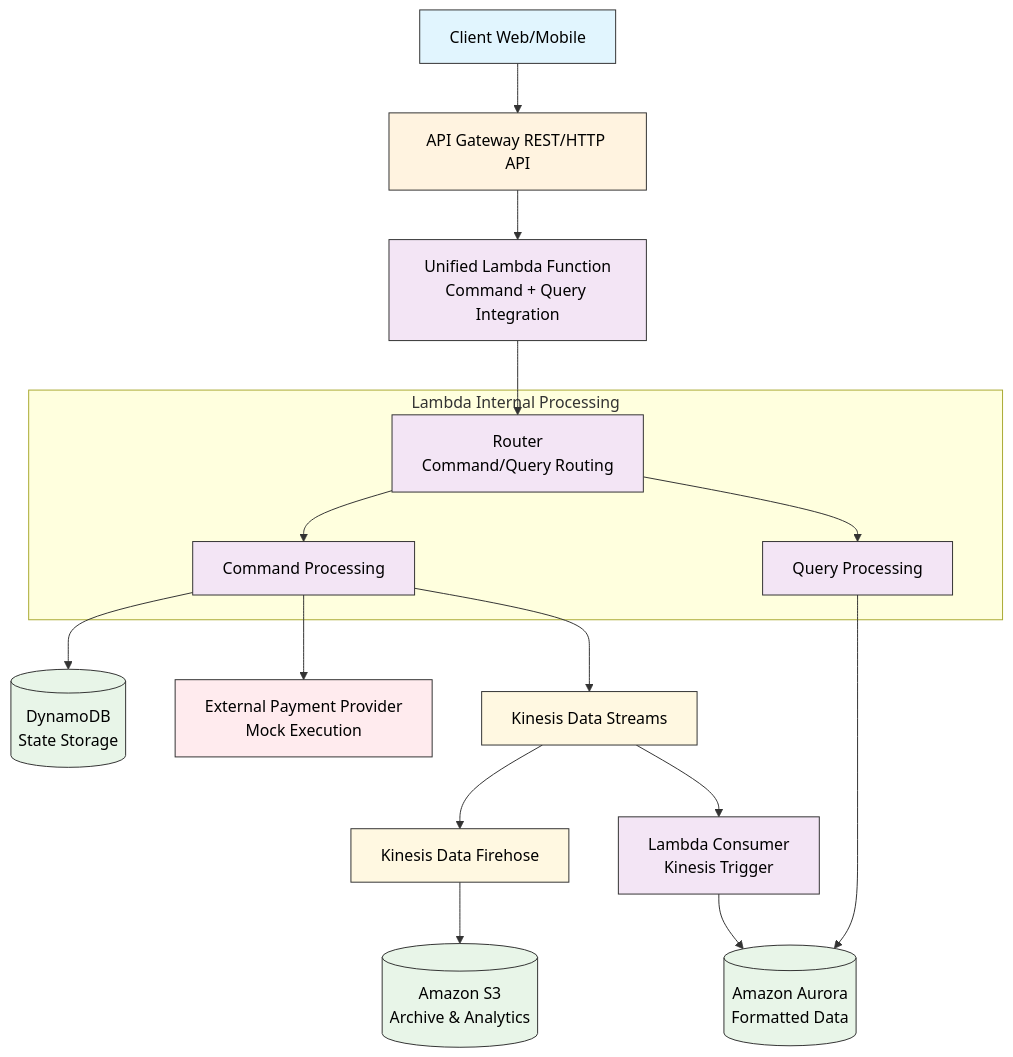
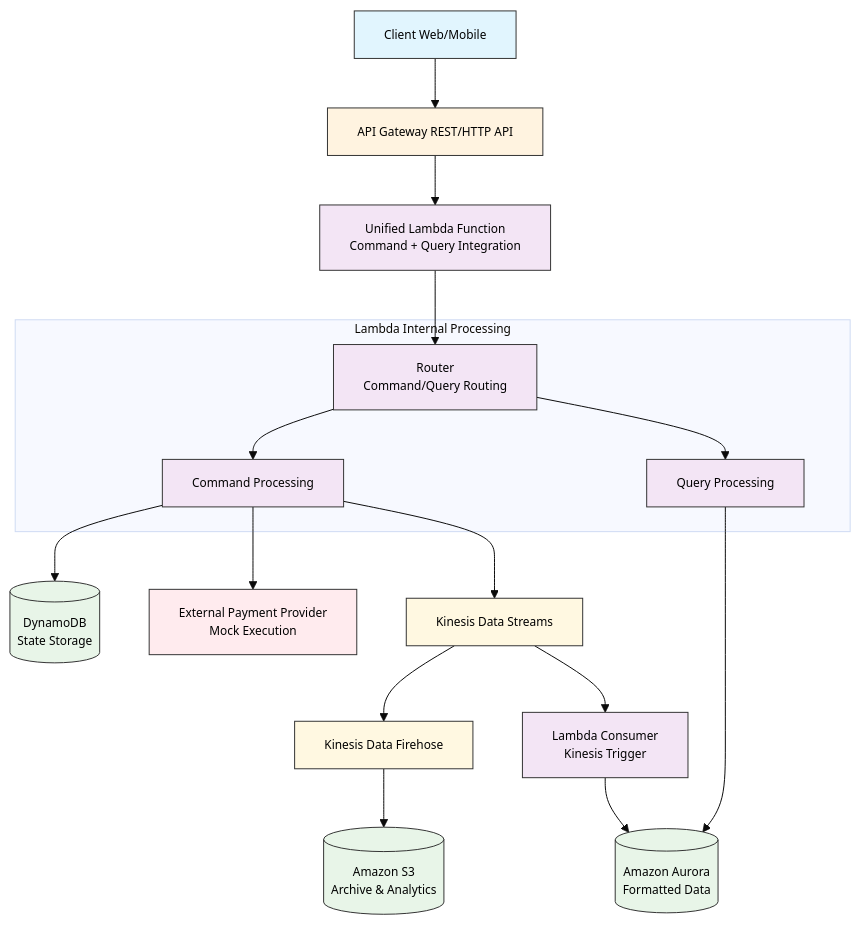
The first of 4 diagrams in docs/architecture.md (tamaco489/kinesis_platform_sample), drawn with Mermaid before and after one commit. The commit also changed 1 other file, not shown here.

Commit message:
fix: architecture.md

````diff
--- a/docs/architecture.md
+++ b/docs/architecture.md
@@ -5,66 +5,67 @@
 ```mermaid
+%%{init: {'theme': 'base', 'themeVariables': { 'fontSize': '12px', 'fontFamily': 'arial' }}}%%
 graph TB
     %% Client Layer
-    Client[Client Web/Mobile]
+    Client["Client Web/Mobile"]
     
     %% API Gateway Layer
-    APIGateway[API Gateway REST/HTTP API]
+    APIGateway["API Gateway REST/HTTP API"]
     
     %% Lambda Layer
-    Lambda[Unified Lambda Function<br/>Command + Query Integration]
+    Lambda["Unified Lambda Function<br/>Command + Query Integration"]
     
     %% Lambda Internal Processing
-    subgraph LambdaInternal [Lambda Internal Processing]
-        Command[Command Processing]
-        Query[Query Processing]
-        Router[Router<br/>Command/Query Routing]
+    subgraph LambdaInternal ["Lambda Internal Processing"]
+        Command["Command Processing"]
+        Query["Query Processing"]
+        Router["Router<br/>Command/Query Routing"]
     end
     
     %% Data Store Layer
-    DynamoDB[(DynamoDB<br/>State Storage)]
-    Aurora[(Amazon Aurora<br/>Formatted Data)]
+    DynamoDB[("DynamoDB<br/>State Storage")]
+    Aurora[("Amazon Aurora<br/>Formatted Data")]
     
     %% Event Streaming Layer
-    KinesisStream[Kinesis Data Streams]
-    KinesisFirehose[Kinesis Data Firehose]
-    S3[(Amazon S3<br/>Archive & Analytics)]
+    KinesisStream["Kinesis Data Streams"]
+    KinesisFirehose["Kinesis Data Firehose"]
+    S3[("Amazon S3<br/>Archive & Analytics")]
     
     %% Lambda Consumer
-    LambdaConsumer[Lambda Consumer<br/>Kinesis Trigger]
+    LambdaConsumer["Lambda Consumer<br/>Kinesis Trigger"]
     
     %% External Services
-    ExternalAPI[External Payment Provider<br/>Mock Execution]
+    ExternalAPI["External Payment Provider<br/>Mock Execution"]
     
     %% Connections
     Client --> APIGateway
     APIGateway --> Lambda
     Lambda --> Router
     Router --> Command
     Router --> Query
     
     Command --> DynamoDB
     Command --> ExternalAPI
     Command --> KinesisStream
     
     Query --> Aurora
     
     KinesisStream --> KinesisFirehose
     KinesisFirehose --> S3
     KinesisStream --> LambdaConsumer
     LambdaConsumer --> Aurora
     
     %% Styles
     classDef client fill:#e1f5fe,stroke:#333,color:#000
     classDef gateway fill:#fff3e0,stroke:#333,color:#000
     classDef lambda fill:#f3e5f5,stroke:#333,color:#000
     classDef database fill:#e8f5e8,stroke:#333,color:#000
     classDef streaming fill:#fff8e1,stroke:#333,color:#000
     classDef external fill:#ffebee,stroke:#333,color:#000
     
     class Client client
     class APIGateway gateway
     class Lambda,Router,Command,Query,LambdaConsumer lambda
     class DynamoDB,Aurora,S3 database
     class KinesisStream,KinesisFirehose streaming
     class ExternalAPI external
 ```
````
